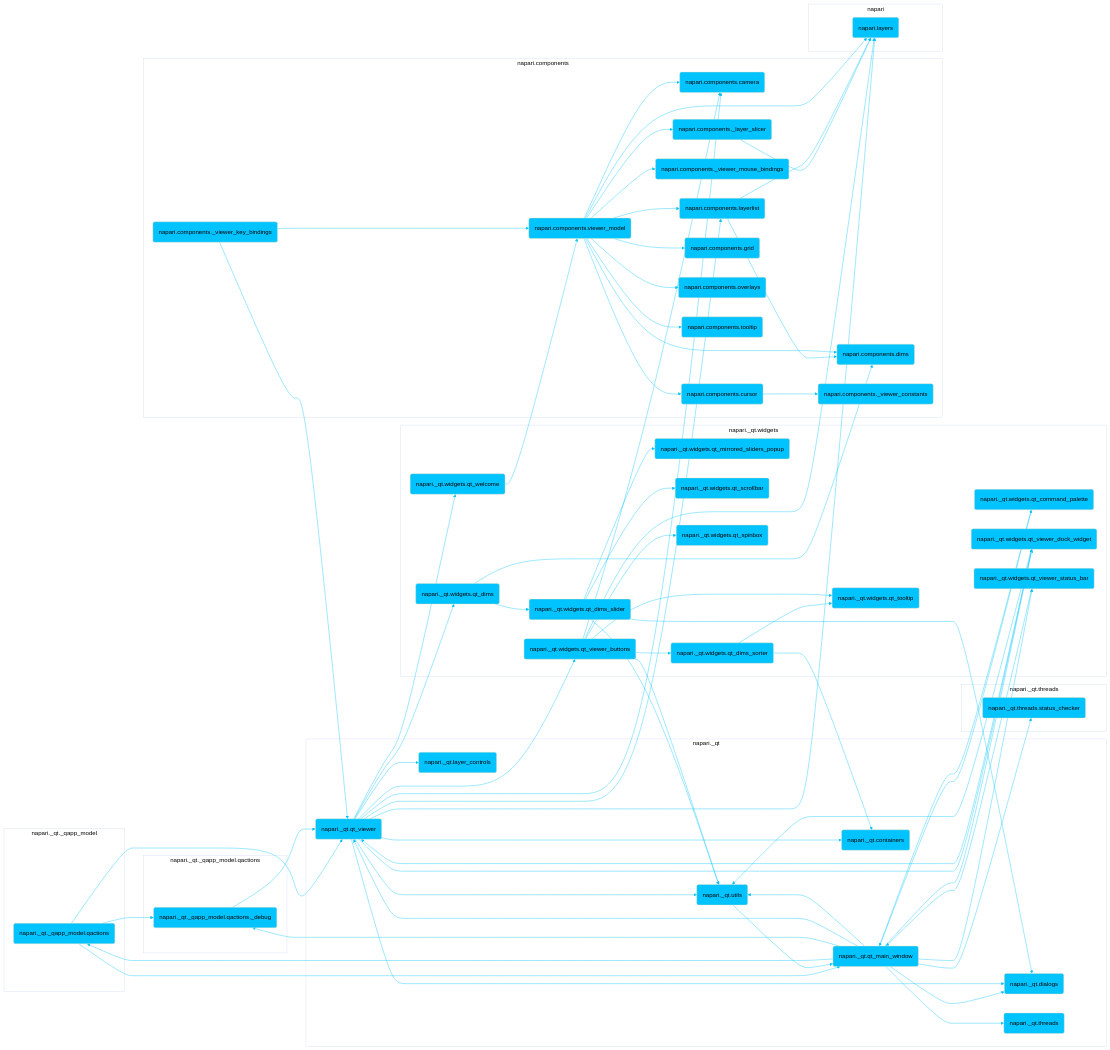
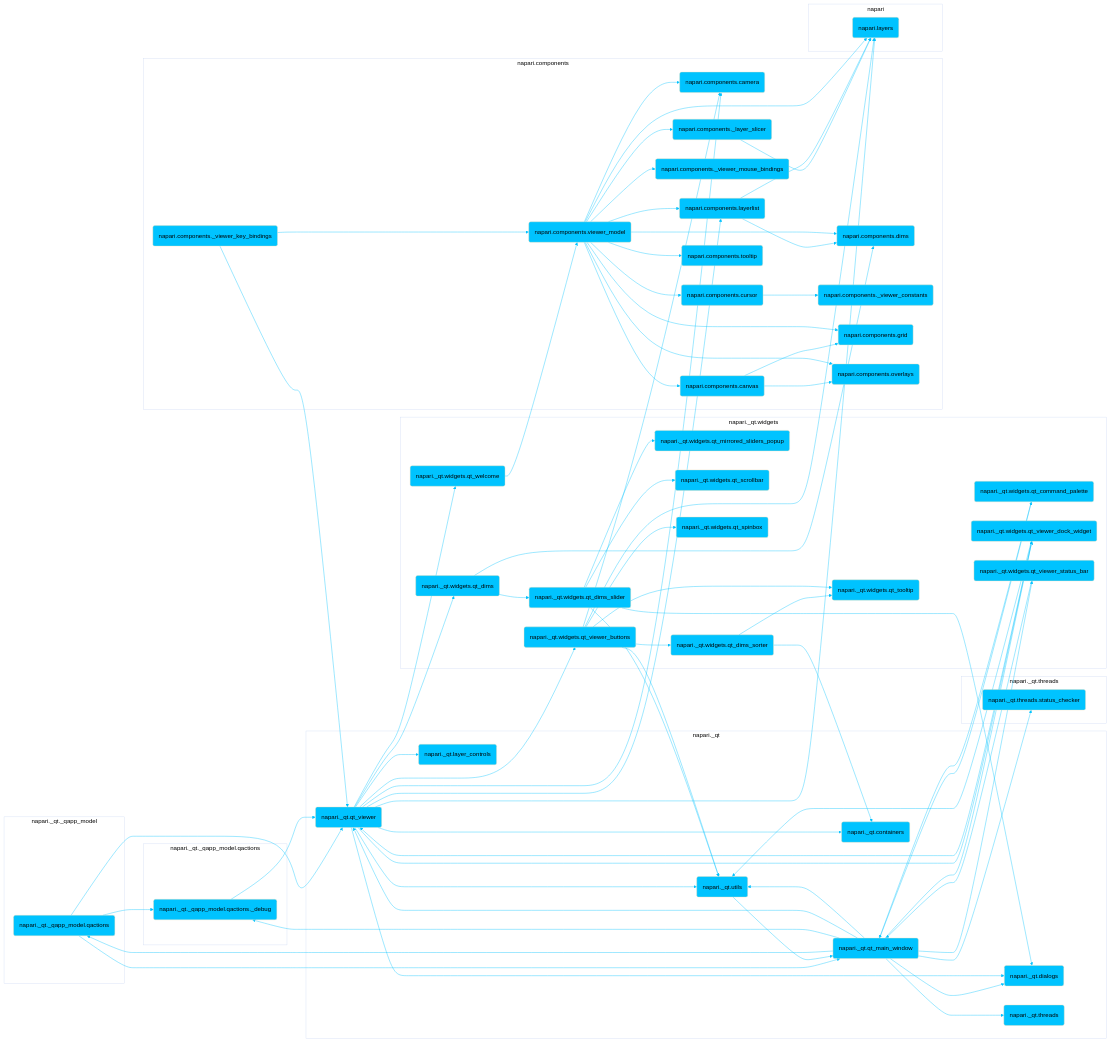
The diagram in dev/_sources/developers/architecture/ui_sections/viewer_ui.md (napari/napari.github.io), drawn with Mermaid (base theme) before and after one commit. The commit also changed other lines of this file and 789 other files, not shown here.

```diff
--- a/dev/_sources/developers/architecture/ui_sections/viewer_ui.md
+++ b/dev/_sources/developers/architecture/ui_sections/viewer_ui.md
@@ -106,6 +106,10 @@
 	click napari.components._viewer_mouse_bindings "https://github.com/napari/napari/tree/main/napari/components/_viewer_mouse_bindings.py" _blank
 	napari.components.camera(napari.components.camera)
 	click napari.components.camera "https://github.com/napari/napari/tree/main/napari/components/camera.py" _blank
+	napari.components.canvas(napari.components.canvas)
+	napari.components.canvas --> napari.components.grid
+	napari.components.canvas --> napari.components.overlays
+	click napari.components.canvas "https://github.com/napari/napari/tree/main/napari/components/canvas.py" _blank
 	napari.components.cursor(napari.components.cursor)
 	napari.components.cursor --> napari.components._viewer_constants
 	click napari.components.cursor "https://github.com/napari/napari/tree/main/napari/components/cursor.py" _blank
@@ -125,6 +129,7 @@
 	napari.components.viewer_model --> napari.components._layer_slicer
 	napari.components.viewer_model --> napari.components._viewer_mouse_bindings
 	napari.components.viewer_model --> napari.components.camera
+	napari.components.viewer_model --> napari.components.canvas
 	napari.components.viewer_model --> napari.components.cursor
 	napari.components.viewer_model --> napari.components.dims
 	napari.components.viewer_model --> napari.components.grid
@@ -178,6 +183,7 @@
 		 napari.components._viewer_key_bindings
 		 napari.components._viewer_mouse_bindings
 		 napari.components.camera
+		 napari.components.canvas
 		 napari.components.cursor
 		 napari.components.dims
 		 napari.components.grid
```
